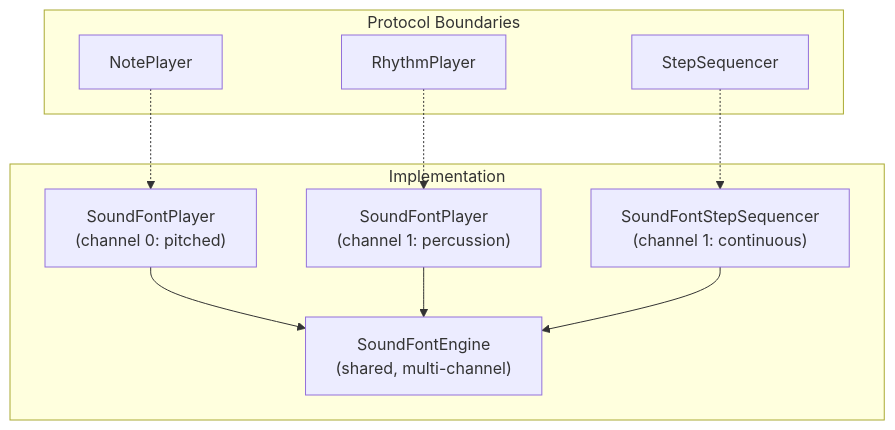
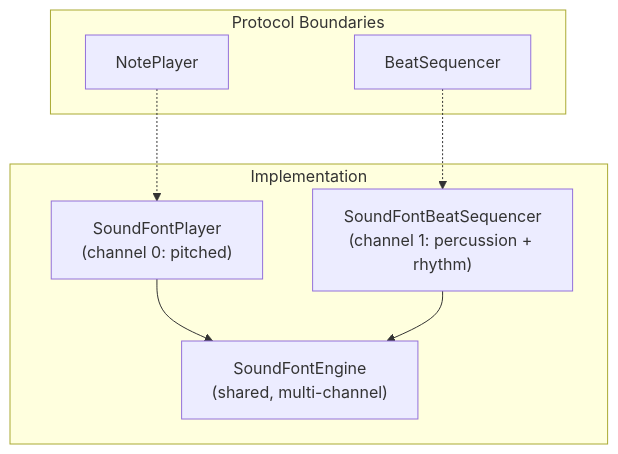
The fourth of 12 diagrams in docs/arc42.md (mschuerig/peach-ios), drawn with Mermaid before and after one commit. The commit also changed other lines of this file and 10 other files, not shown here.

First line of the commit message:
Implement story 80.5: Architecture documentation touch-up for Timing Offset Detection

````diff
--- a/docs/arc42.md
+++ b/docs/arc42.md
@@ -272,22 +274,18 @@
 ```mermaid
 graph TB
     subgraph "Protocol Boundaries"
         NP["NotePlayer"]
-        RP["RhythmPlayer"]
-        SS["StepSequencer"]
+        BS["BeatSequencer"]
     end
 
     subgraph "Implementation"
         SFE["SoundFontEngine<br/>(shared, multi-channel)"]
         SFP_Pitch["SoundFontPlayer<br/>(channel 0: pitched)"]
-        SFP_Perc["SoundFontPlayer<br/>(channel 1: percussion)"]
-        SFSS["SoundFontStepSequencer<br/>(channel 1: continuous)"]
+        SFBS["SoundFontBeatSequencer<br/>(channel 1: percussion + rhythm)"]
     end
 
     NP -.-> SFP_Pitch
-    RP -.-> SFP_Perc
-    SS -.-> SFSS
+    BS -.-> SFBS
     SFP_Pitch --> SFE
-    SFP_Perc --> SFE
-    SFSS --> SFE
+    SFBS --> SFE
 ```
````
